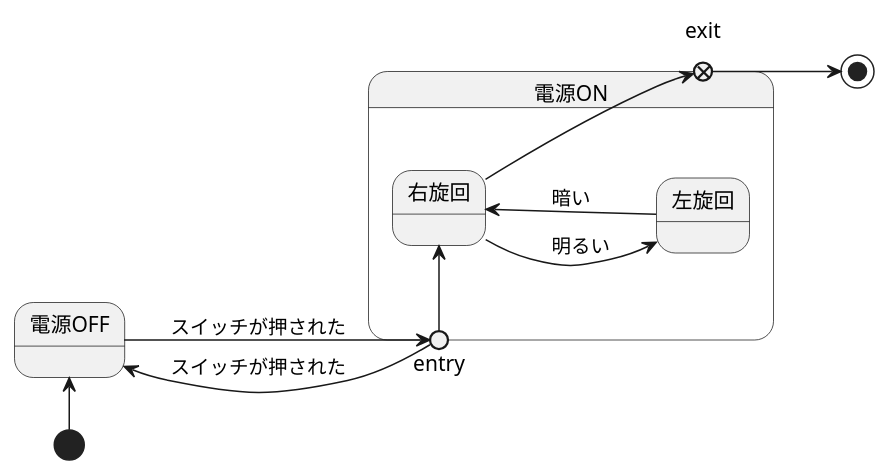
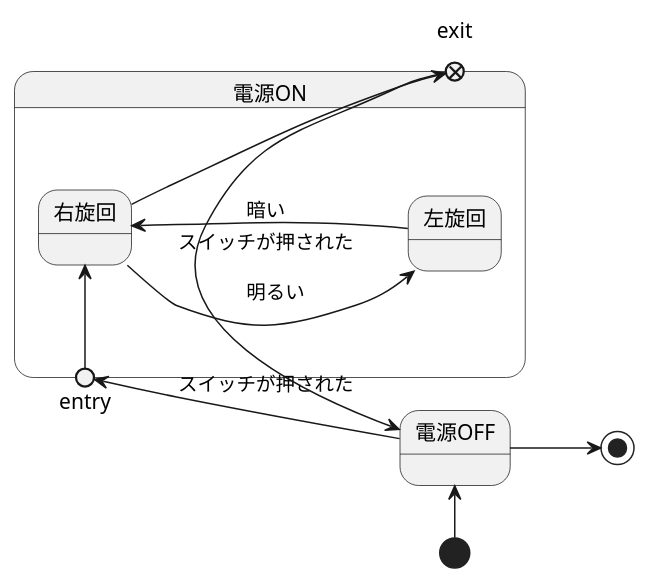
Before and after one commit to Kuya0307/unl-introduction: the diagram in 演習６/演習6-5-3_ステートマシン図_ライントレーサー.pu, drawn with PlantUML.

Commit message:
6-5-3を修正

```diff
--- a/演習６/演習6-5-3_ステートマシン図_ライントレーサー.pu
+++ b/演習６/演習6-5-3_ステートマシン図_ライントレーサー.pu
@@ -1,15 +1,15 @@
 @startuml ステートマシン図
 left to right direction
 state 電源ON{
 state entry <<entryPoint>>
 state exit <<exitPoint>>
 entry -left-> 右旋回
 右旋回 --> 左旋回 :　明るい
 左旋回 --> 右旋回 : 暗い
 }
-電源OFF --> entry :スイッチが押された
-entry --> 電源OFF :スイッチが押された
+電源OFF -> entry :スイッチが押された
+exit -> 電源OFF :スイッチが押された
 右旋回 --> exit
 [*] -left-> 電源OFF
-exit --> [*]
+電源OFF --> [*]
 @enduml
```
